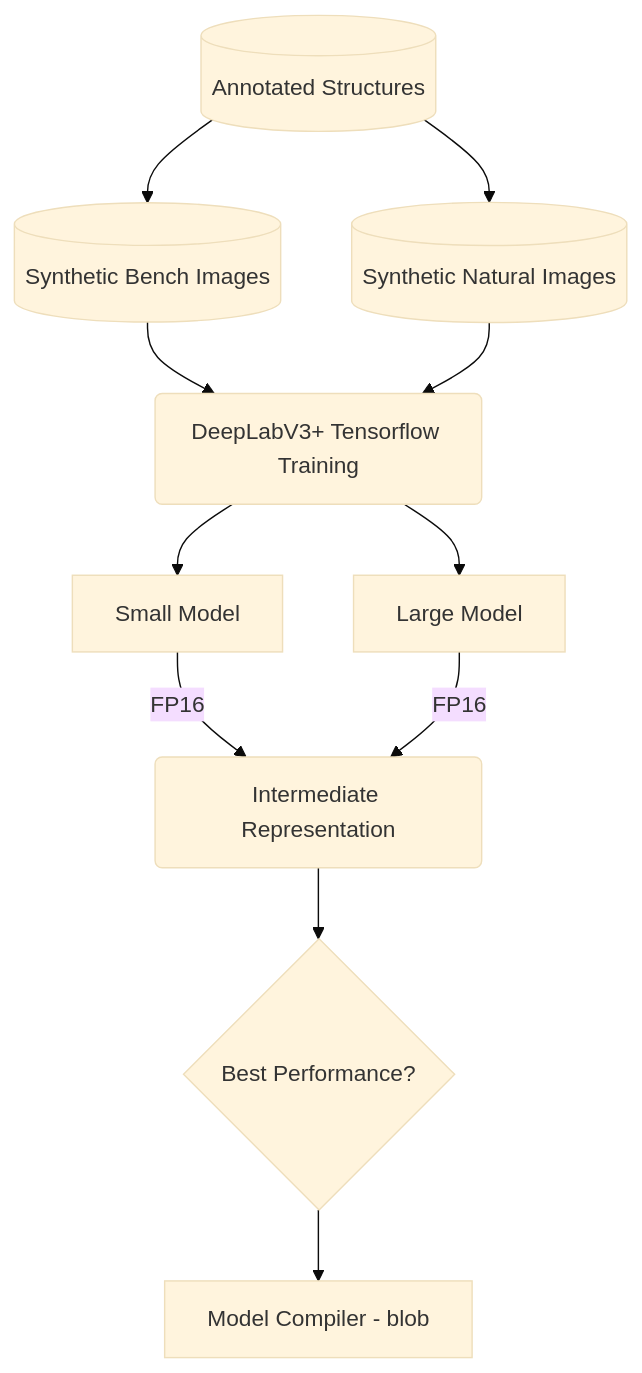
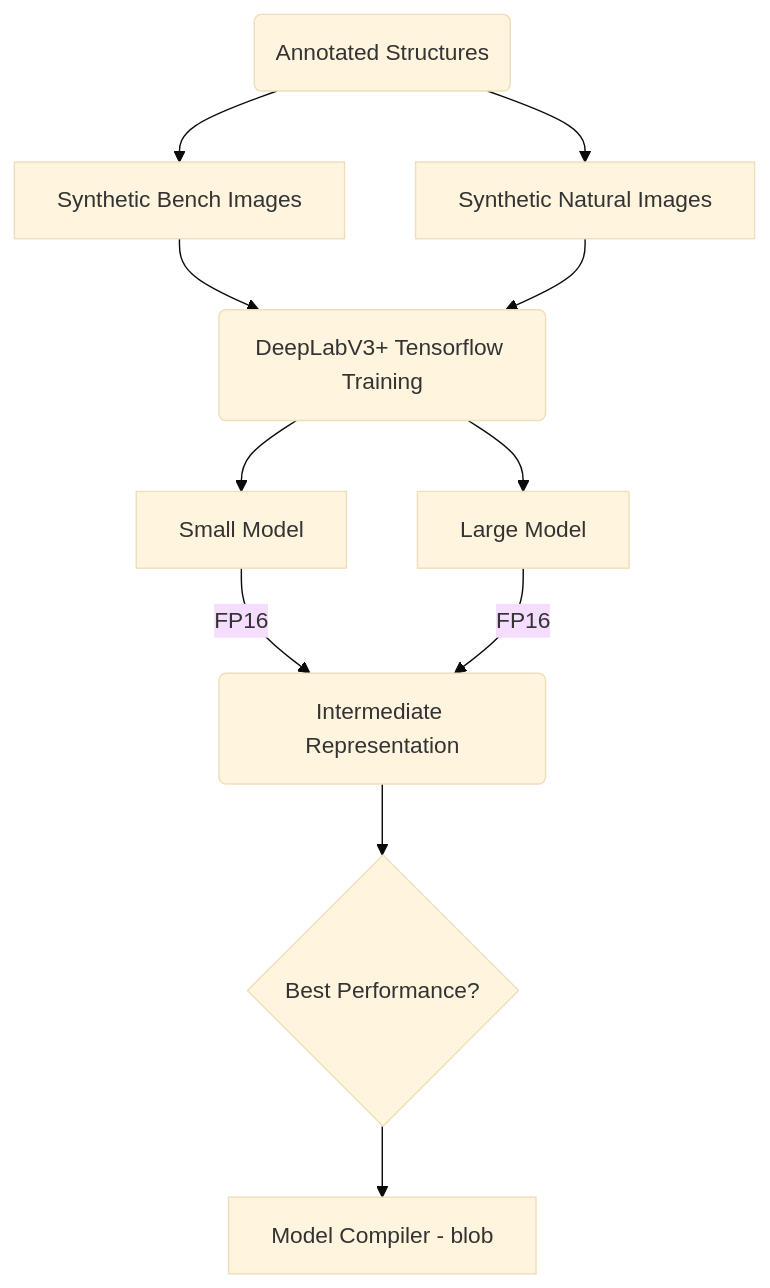
Before and after one commit to precision-sustainable-ag/OpenCV_Competition2021: the diagram in 6_CNN_Model_Training/README.md, drawn with Mermaid (base theme). The commit also changed other lines of this file, not shown here.

````diff
--- a/6_CNN_Model_Training/README.md
+++ b/6_CNN_Model_Training/README.md
@@ -3,13 +3,13 @@
-<div class="mermaid">
+```mermaid
   graph TD
-  A[(Annotated Structures)] --> X((Circle))
-  A --> Y[(Synthetic Bench Images)] --> Z
-  X[(Synthetic Natural Images)] --> Z
+  A(Annotated Structures) --> X((Circle))
+  A --> Y[Synthetic Bench Images] --> Z
+  X[Synthetic Natural Images] --> Z
   Z(DeepLabV3+ Tensorflow Training) --> M[Small Model]
   Z --> L[Large Model]
   IR(Intermediate Representation)
   M -- FP16 --> IR 
   L -- FP16 --> IR 
   IR --> D{Best Performance?}
   D --> O[Model Compiler - blob]
-</div>
+```
````
